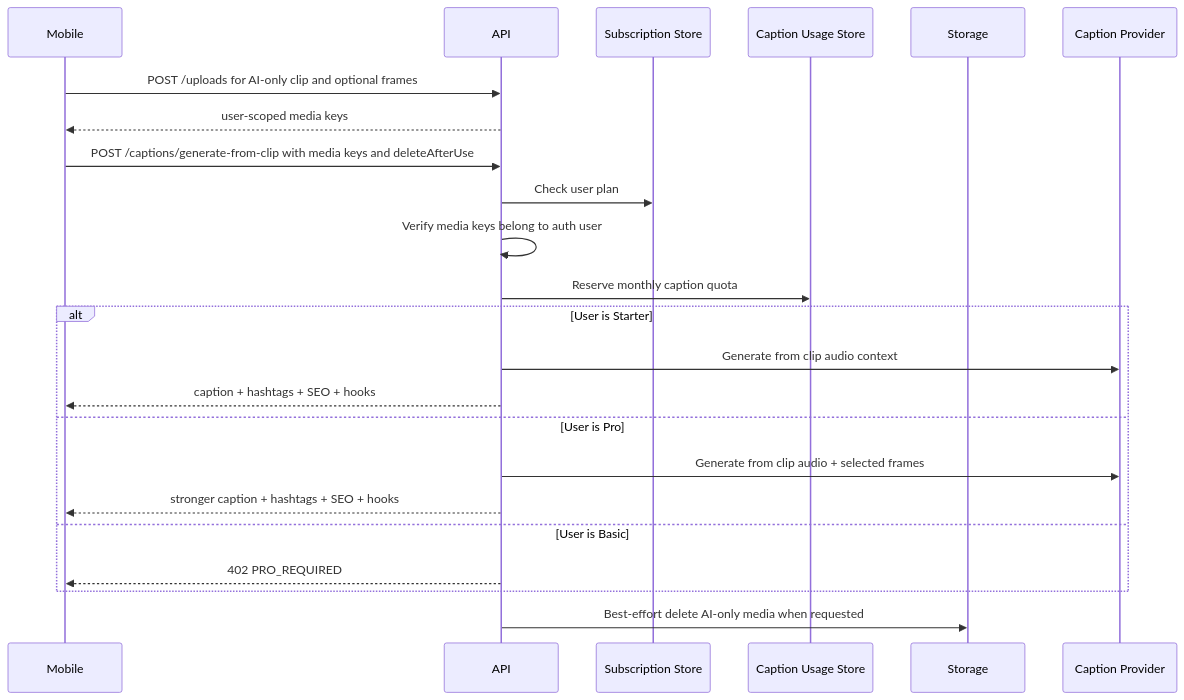
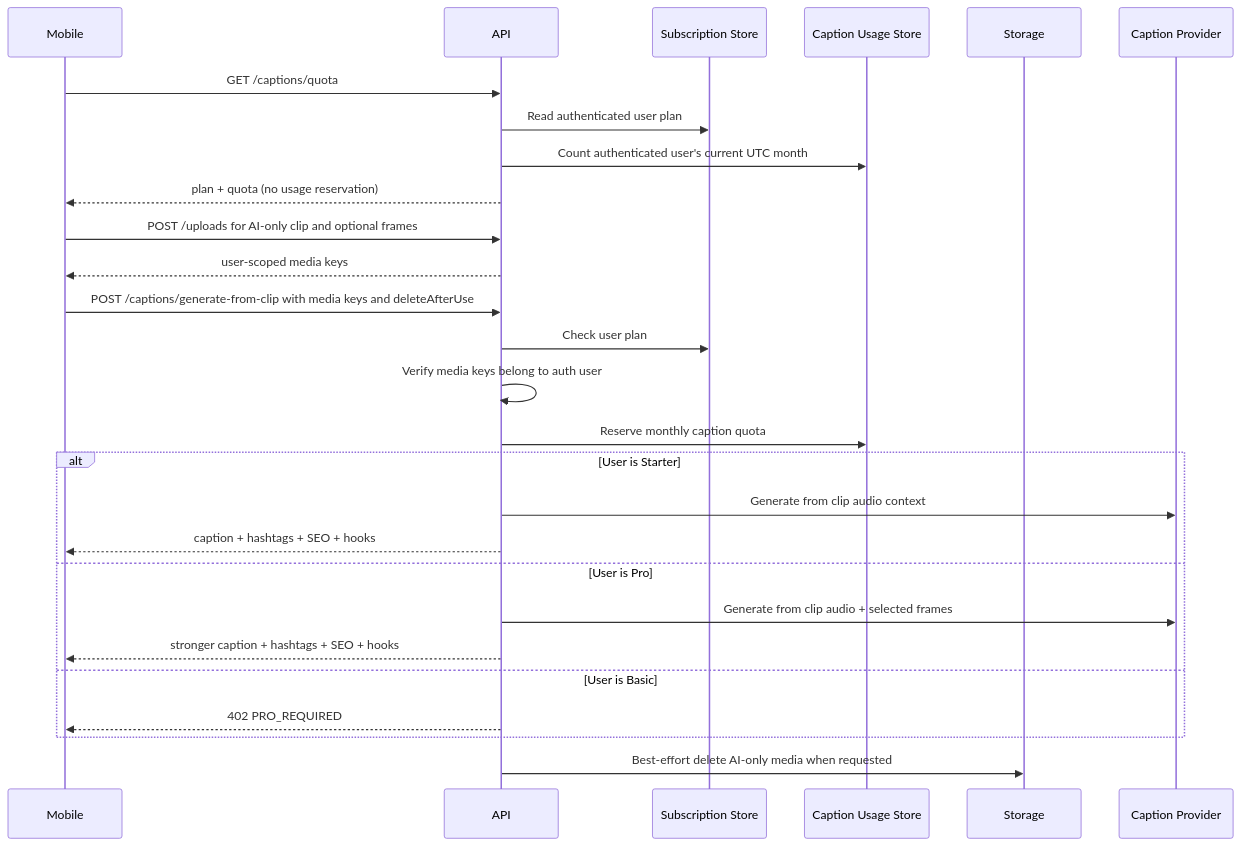
Before and after one commit to NOI56/PostDeeMobile: the fifth of 8 diagrams in ARCHITECTURE.md, drawn with Mermaid. The commit also changed other lines of this file and 214 other files, not shown here.

````diff
--- a/ARCHITECTURE.md
+++ b/ARCHITECTURE.md
@@ -427,26 +590,30 @@
 ```mermaid
 sequenceDiagram
   participant M as Mobile
   participant A as API
   participant Sub as Subscription Store
   participant Usage as Caption Usage Store
   participant S as Storage
   participant AI as Caption Provider
 
+  M->>A: GET /captions/quota
+  A->>Sub: Read authenticated user plan
+  A->>Usage: Count authenticated user's current UTC month
+  A-->>M: plan + quota (no usage reservation)
   M->>A: POST /uploads for AI-only clip and optional frames
   A-->>M: user-scoped media keys
   M->>A: POST /captions/generate-from-clip with media keys and deleteAfterUse
   A->>Sub: Check user plan
   A->>A: Verify media keys belong to auth user
   A->>Usage: Reserve monthly caption quota
   alt User is Starter
     A->>AI: Generate from clip audio context
     A-->>M: caption + hashtags + SEO + hooks
   else User is Pro
     A->>AI: Generate from clip audio + selected frames
     A-->>M: stronger caption + hashtags + SEO + hooks
   else User is Basic
     A-->>M: 402 PRO_REQUIRED
   end
   A->>S: Best-effort delete AI-only media when requested
 ```
````
